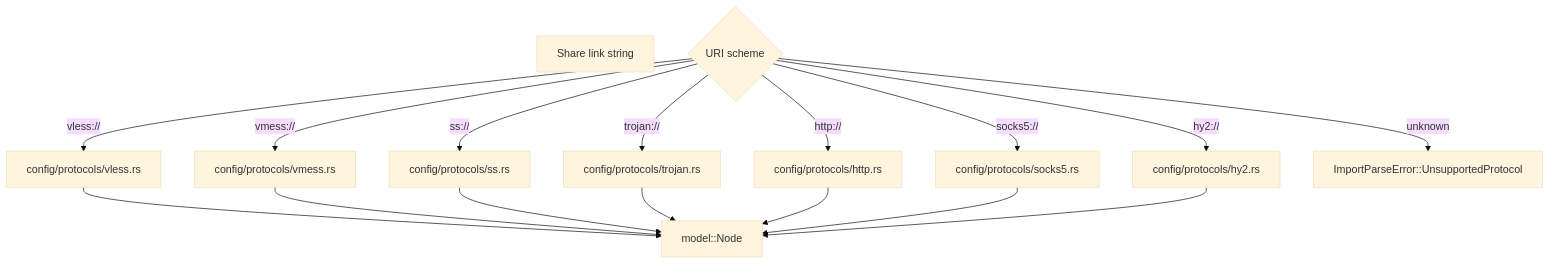
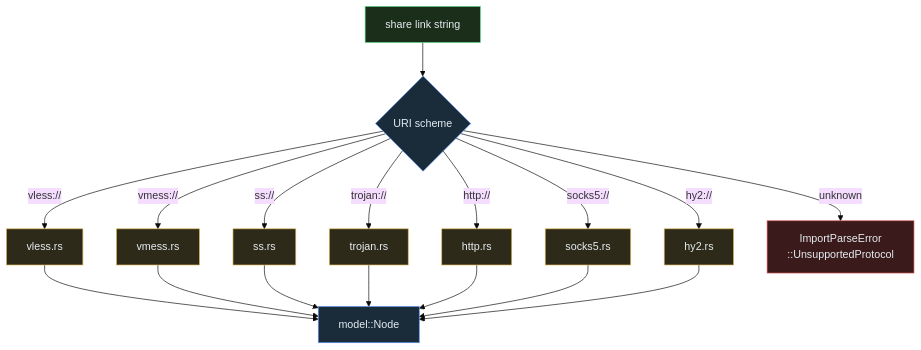
Before and after one commit to mhyrzt/xrat: the second of 2 diagrams in docs/src/06-architecture/import-pipeline.md, drawn with Mermaid (base theme). The commit also changed other lines of this file and 16 other files, not shown here.

````diff
--- a/docs/src/06-architecture/import-pipeline.md
+++ b/docs/src/06-architecture/import-pipeline.md
@@ -100,21 +94,32 @@
 ```mermaid
-graph TD
-    LINK[Share link string]
-    ROUTE{URI scheme}
-    ROUTE -- vless:// --> VL[config/protocols/vless.rs]
-    ROUTE -- vmess:// --> VM[config/protocols/vmess.rs]
-    ROUTE -- ss:// --> SS[config/protocols/ss.rs]
-    ROUTE -- trojan:// --> TR[config/protocols/trojan.rs]
-    ROUTE -- http:// --> HT[config/protocols/http.rs]
-    ROUTE -- socks5:// --> SK[config/protocols/socks5.rs]
-    ROUTE -- hy2:// --> HY[config/protocols/hy2.rs]
-    ROUTE -- unknown --> ERR[ImportParseError::UnsupportedProtocol]
+flowchart TD
+    classDef input  fill:#1a2e1a,stroke:#5bdf8a,color:#e6edf3
+    classDef parser fill:#2e2a1a,stroke:#dfba5b,color:#e6edf3
+    classDef node   fill:#1a2c3a,stroke:#5b8def,color:#e6edf3
+    classDef err    fill:#3a1a1a,stroke:#df5b5b,color:#e6edf3
 
-    VL --> NODE[model::Node]
-    VM --> NODE
-    SS --> NODE
-    TR --> NODE
-    HT --> NODE
-    SK --> NODE
-    HY --> NODE
+    LINK["share link string"]:::input
+    ROUTE{"URI scheme"}
+
+    VL["vless.rs"]:::parser
+    VM["vmess.rs"]:::parser
+    SS["ss.rs"]:::parser
+    TR["trojan.rs"]:::parser
+    HT["http.rs"]:::parser
+    SK["socks5.rs"]:::parser
+    HY["hy2.rs"]:::parser
+    ERR["ImportParseError\n::UnsupportedProtocol"]:::err
+    NODE["model::Node"]:::node
+
+    LINK --> ROUTE
+    ROUTE -- "vless://" --> VL
+    ROUTE -- "vmess://" --> VM
+    ROUTE -- "ss://"    --> SS
+    ROUTE -- "trojan://" --> TR
+    ROUTE -- "http://"  --> HT
+    ROUTE -- "socks5://" --> SK
+    ROUTE -- "hy2://"   --> HY
+    ROUTE -- "unknown"  --> ERR
+
+    VL & VM & SS & TR & HT & SK & HY --> NODE
 ```
````
